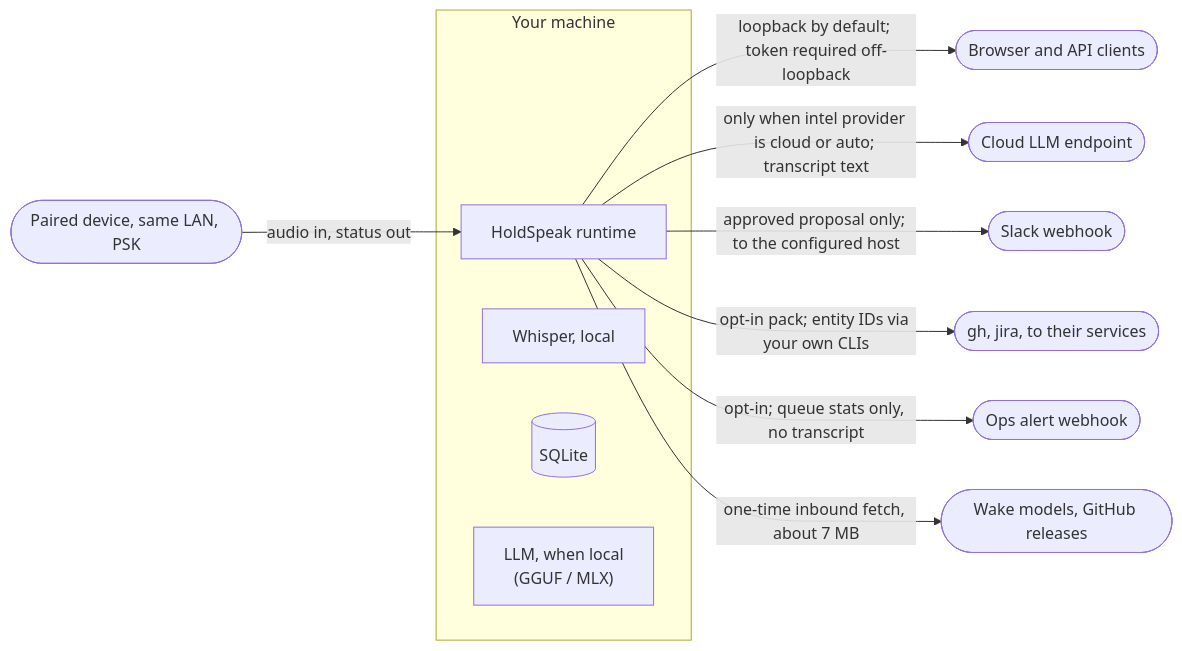
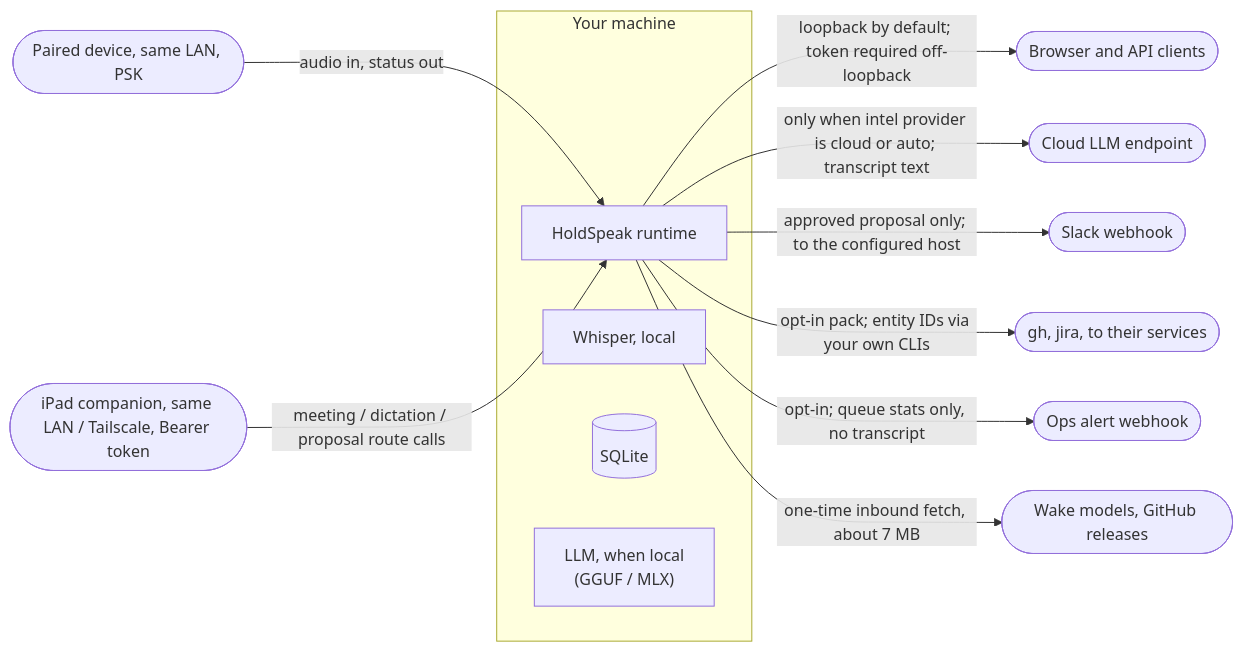
One commit to karolswdev/HoldSpeak changed the seventh of 7 diagrams in docs/ARCHITECTURE.md. Above: the diagram before and after it, drawn with Mermaid. The commit also changed other lines of this file, not shown here.

First line of the commit message:
Docs: ARCHITECTURE maps the iPad as a typed client of the hub

````diff
--- a/docs/ARCHITECTURE.md
+++ b/docs/ARCHITECTURE.md
@@ -180,16 +257,17 @@
 ```mermaid
 flowchart LR
   subgraph machine["Your machine"]
     RT["HoldSpeak runtime"]
     WH["Whisper, local"]
     DB[("SQLite")]
     LL["LLM, when local<br/>(GGUF / MLX)"]
   end
   RT -->|"loopback by default; token required off-loopback"| WEB(["Browser and API clients"])
   RT -->|"only when intel provider is cloud or auto; transcript text"| CLOUD(["Cloud LLM endpoint"])
   RT -->|"approved proposal only; to the configured host"| SK(["Slack webhook"])
   RT -->|"opt-in pack; entity IDs via your own CLIs"| CLI(["gh, jira, to their services"])
   RT -->|"opt-in; queue stats only, no transcript"| OPS(["Ops alert webhook"])
   RT -->|"one-time inbound fetch, about 7 MB"| WM(["Wake models, GitHub releases"])
   DEVCE(["Paired device, same LAN, PSK"]) -->|"audio in, status out"| RT
+  IPAD(["iPad companion, same LAN / Tailscale, Bearer token"]) -->|"meeting / dictation / proposal route calls"| RT
 ```
````
